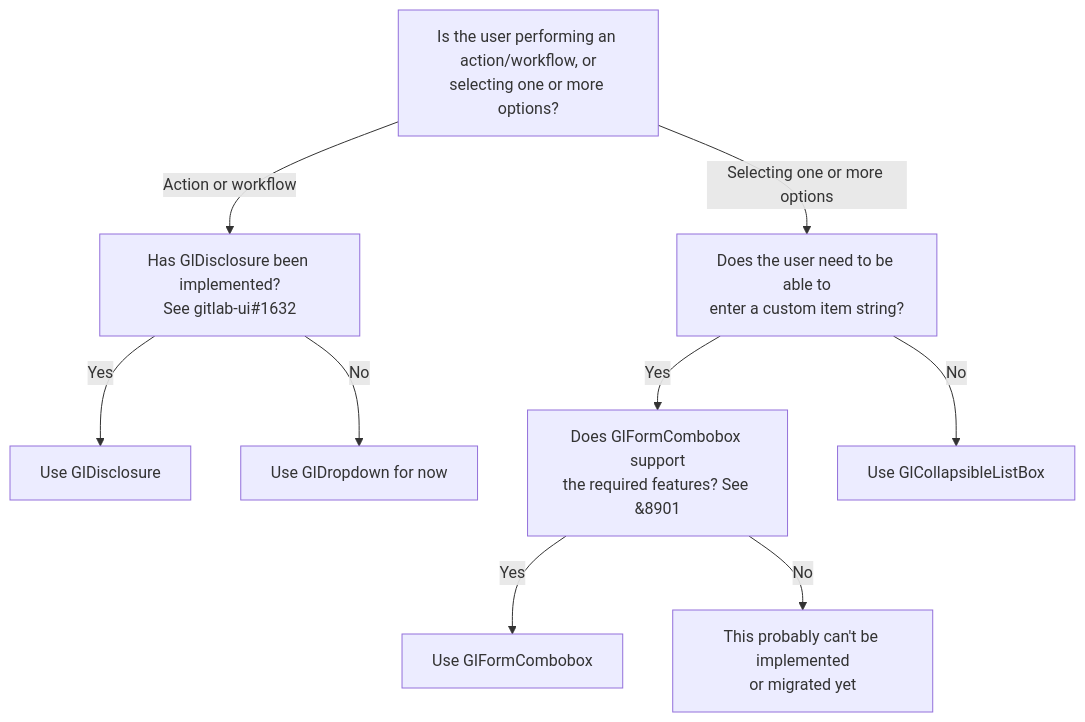
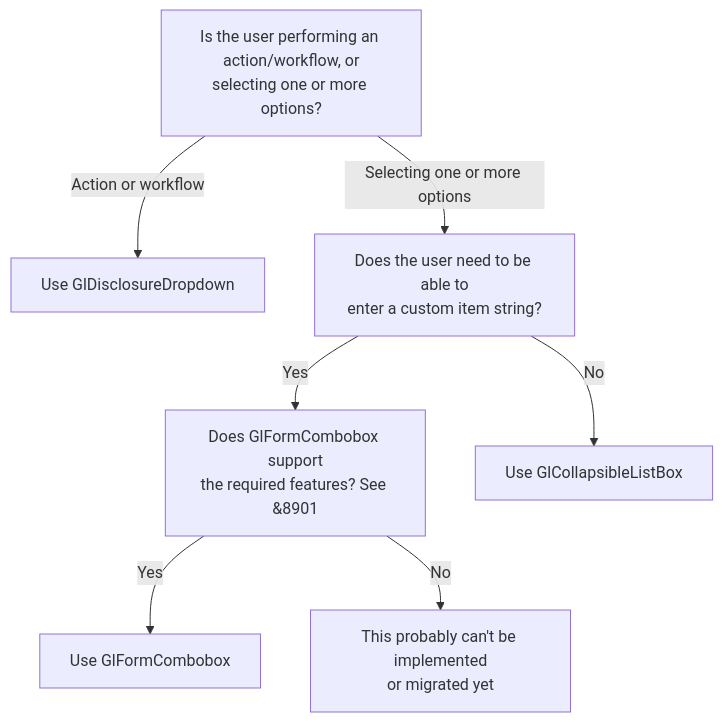
One commit to khulnasoft-lab/design.khulnasoft.com changed the diagram in contents/components/dropdown-overview.md. Above: the diagram before and after it, drawn with Mermaid.

Commit message:
fix: update dropdowns decision tree

````diff
--- a/contents/components/dropdown-overview.md
+++ b/contents/components/dropdown-overview.md
@@ -20,11 +20,9 @@
 ```mermaid
 flowchart TD;
-  A[Is the user performing an action/workflow, or<br>selecting one or more options?] --> |Action or workflow|B[Has GlDisclosure been implemented?<br>See gitlab-ui#1632];
+  A[Is the user performing an action/workflow, or<br>selecting one or more options?] --> |Action or workflow|B[Use GlDisclosureDropdown];
   A --> |Selecting one or more options|C[Does the user need to be able to<br>enter a custom item string?];
-  B --> |Yes|F[Use GlDisclosure];
-  B --> |No|G[Use GlDropdown for now];
   C --> |Yes|D[Does GlFormCombobox support<br>the required features? See &8901];
   C --> |No|E[Use GlCollapsibleListBox];
   D --> |Yes|H[Use GlFormCombobox];
   D --> |No|I[This probably can't be implemented<br>or migrated yet];
 ```
````
